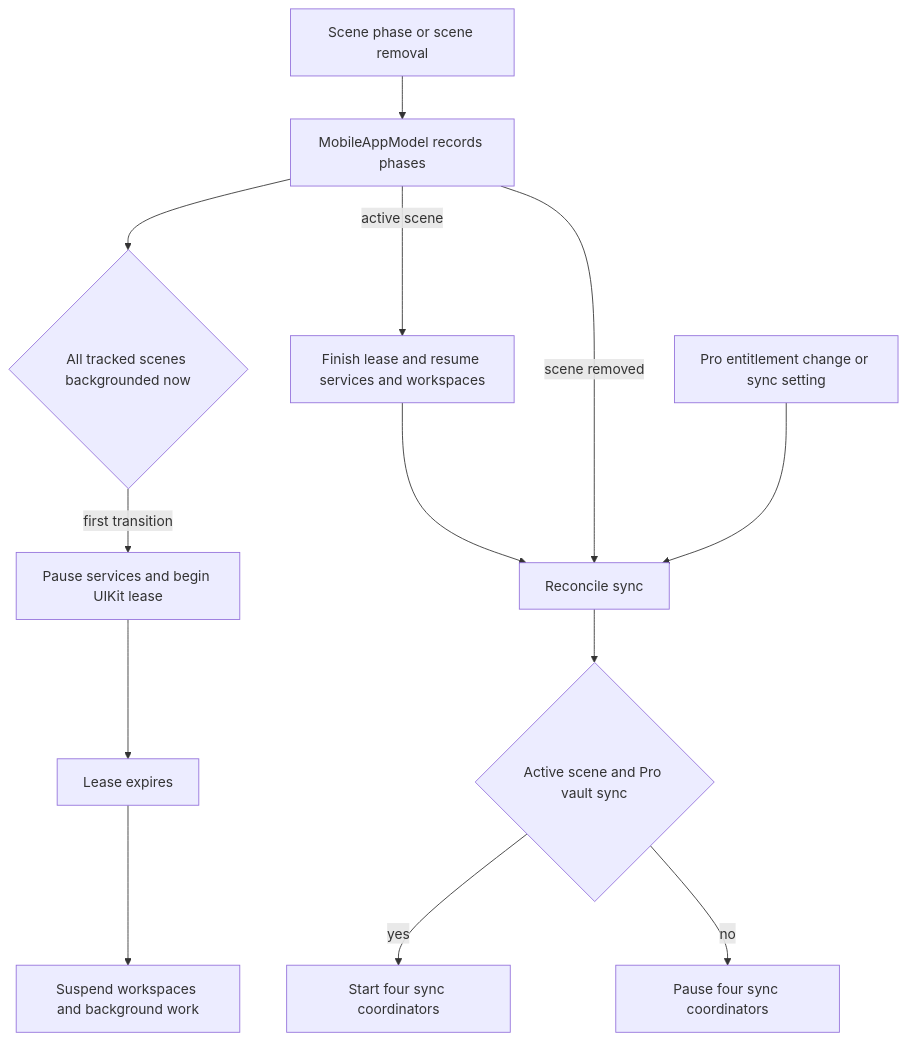
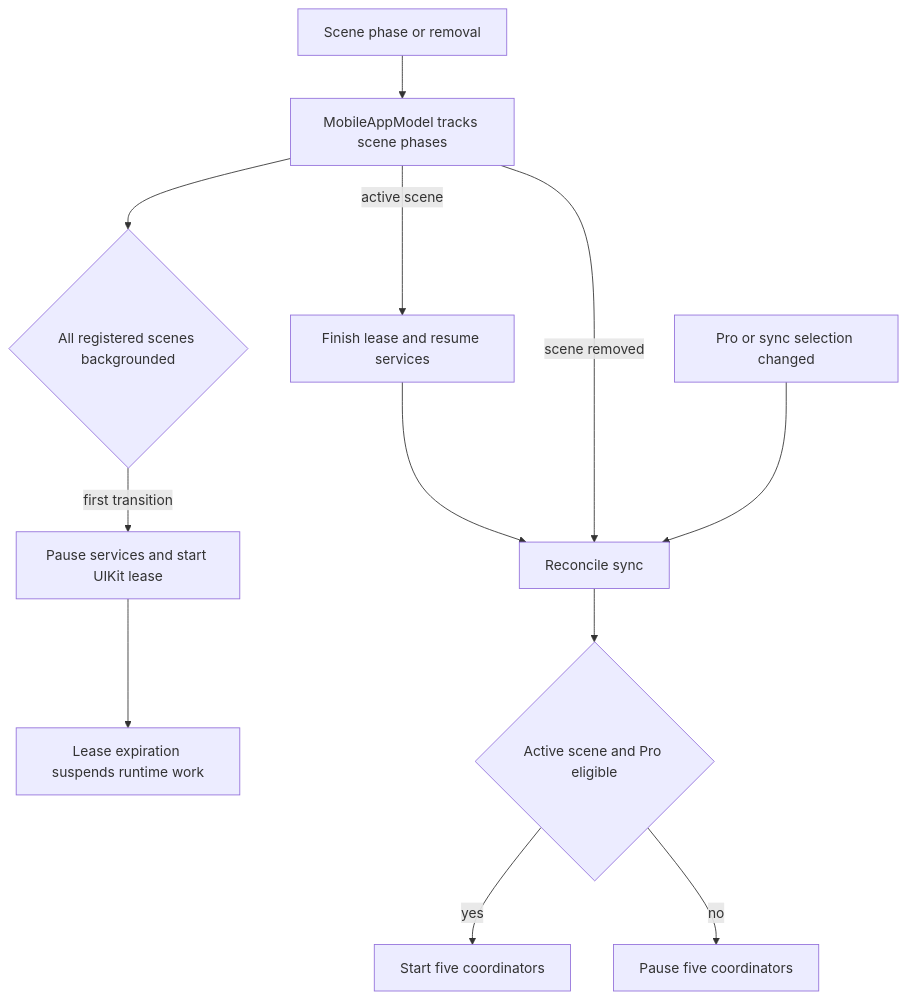
Before and after one commit to AkinoKaede/Termind: the second of 2 diagrams in openwiki/architecture/native-app-directories.md, drawn with Mermaid. The commit also changed other lines of this file and 49 other files, not shown here.

````diff
--- a/openwiki/architecture/native-app-directories.md
+++ b/openwiki/architecture/native-app-directories.md
@@ -320,15 +169,14 @@
 ```mermaid
 flowchart TD
-    Phase["Scene phase or scene removal"] --> Track["MobileAppModel records phases"]
-    Track --> AllBG{"All tracked scenes backgrounded now"}
-    AllBG -->|first transition| Pause["Pause services and begin UIKit lease"]
-    Pause --> Expire["Lease expires"]
-    Expire --> Suspend["Suspend workspaces and background work"]
-    Track -->|active scene| Foreground["Finish lease and resume services and workspaces"]
-    Foreground --> Sync["Reconcile sync"]
-    Track -->|scene removed| Sync
-    Pro["Pro entitlement change or sync setting"] --> Sync
-    Sync --> Gate{"Active scene and Pro vault sync"}
-    Gate -->|yes| Start["Start four sync coordinators"]
-    Gate -->|no| Stop["Pause four sync coordinators"]
+    Phase["Scene phase or removal"] --> App["MobileAppModel tracks scene phases"]
+    App --> Gate{"All registered scenes backgrounded"}
+    Gate -->|"first transition"| Pause["Pause services and start UIKit lease"]
+    Pause --> Expiry["Lease expiration suspends runtime work"]
+    App -->|"active scene"| Resume["Finish lease and resume services"]
+    Resume --> Sync["Reconcile sync"]
+    App -->|"scene removed"| Sync
+    Pro["Pro or sync selection changed"] --> Sync
+    Sync --> Eligible{"Active scene and Pro eligible"}
+    Eligible -->|yes| Start["Start five coordinators"]
+    Eligible -->|no| Stop["Pause five coordinators"]
 ```
````
